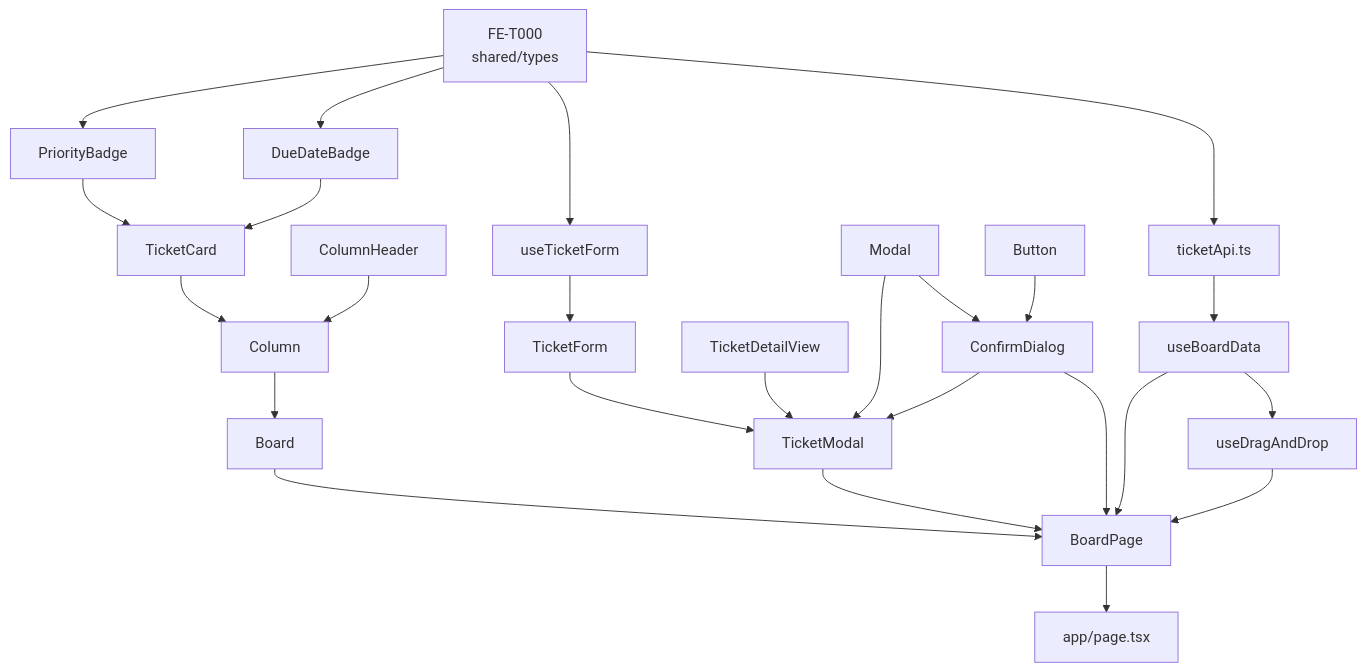
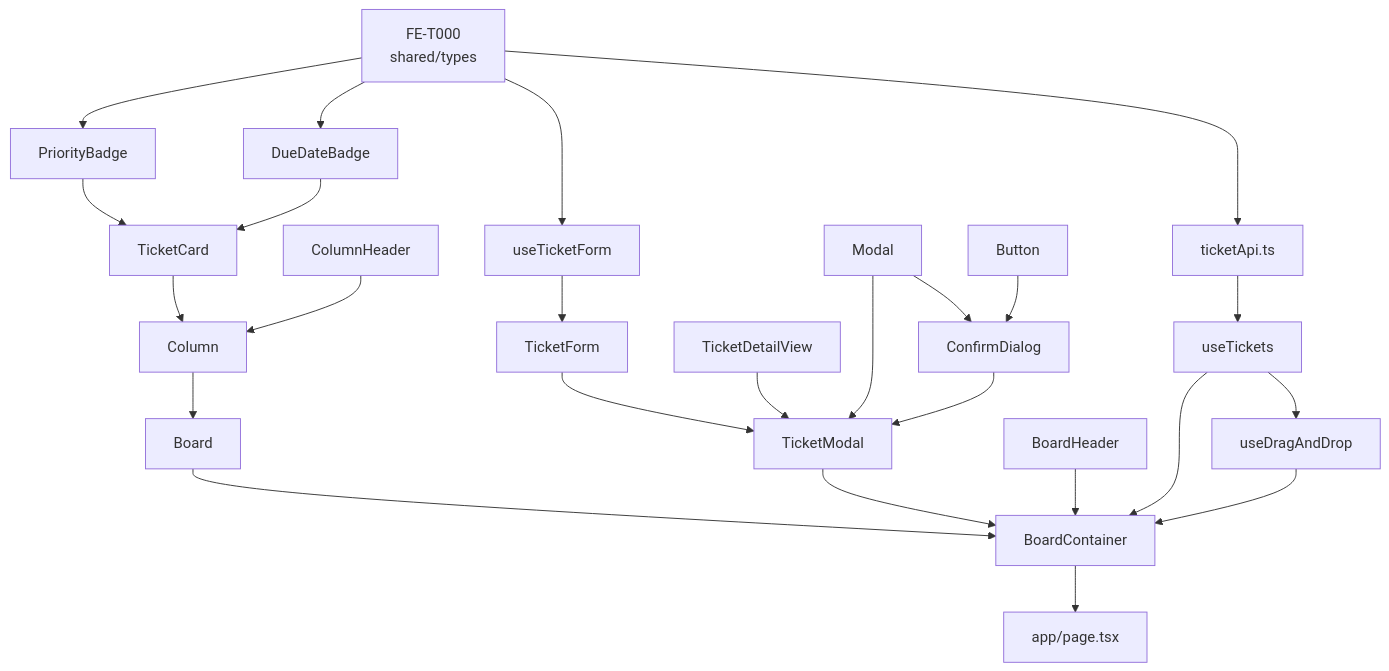
Before and after one commit to sumin-hwang/ClaudeCodeMaster_Tika: the diagram in Tika/docs/FRONTEND_TASKS.md, drawn with Mermaid. The commit also changed other lines of this file and 16 other files, not shown here.

````diff
--- a/Tika/docs/FRONTEND_TASKS.md
+++ b/Tika/docs/FRONTEND_TASKS.md
@@ -24,34 +24,34 @@
 ```mermaid
 graph TD
   types["FE-T000<br/>shared/types"] --> api["ticketApi.ts"]
   types --> PriorityBadge
   types --> DueDateBadge
   types --> useTicketForm
 
   Modal --> ConfirmDialog
   Button --> ConfirmDialog
 
-  api --> useBoardData
-  useBoardData --> useDragAndDrop
+  api --> useTickets
+  useTickets --> useDragAndDrop
 
   PriorityBadge --> TicketCard
   DueDateBadge --> TicketCard
 
   TicketCard --> Column
   ColumnHeader --> Column
   Column --> Board
 
   useTicketForm --> TicketForm
   TicketForm --> TicketModal
   TicketDetailView --> TicketModal
   Modal --> TicketModal
   ConfirmDialog --> TicketModal
 
-  Board --> BoardPage
-  TicketModal --> BoardPage
-  ConfirmDialog --> BoardPage
-  useBoardData --> BoardPage
-  useDragAndDrop --> BoardPage
+  Board --> BoardContainer
+  TicketModal --> BoardContainer
+  BoardHeader --> BoardContainer
+  useTickets --> BoardContainer
+  useDragAndDrop --> BoardContainer
 
-  BoardPage --> page["app/page.tsx"]
+  BoardContainer --> page["app/page.tsx"]
 ```
````
